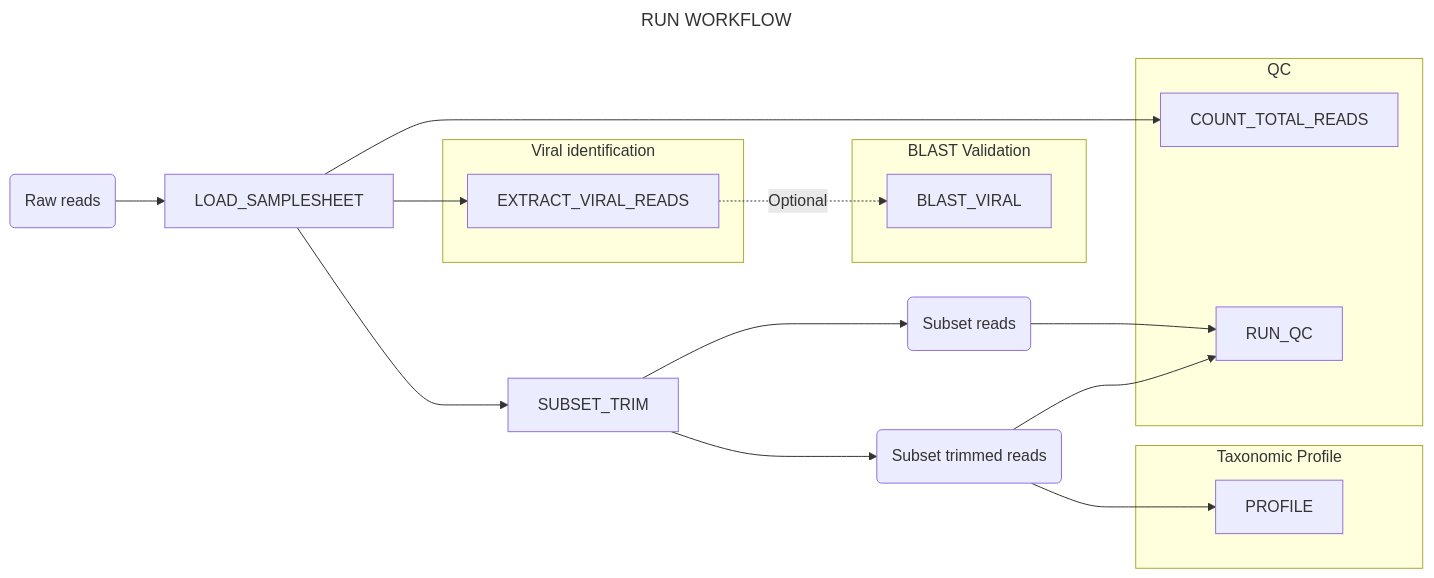
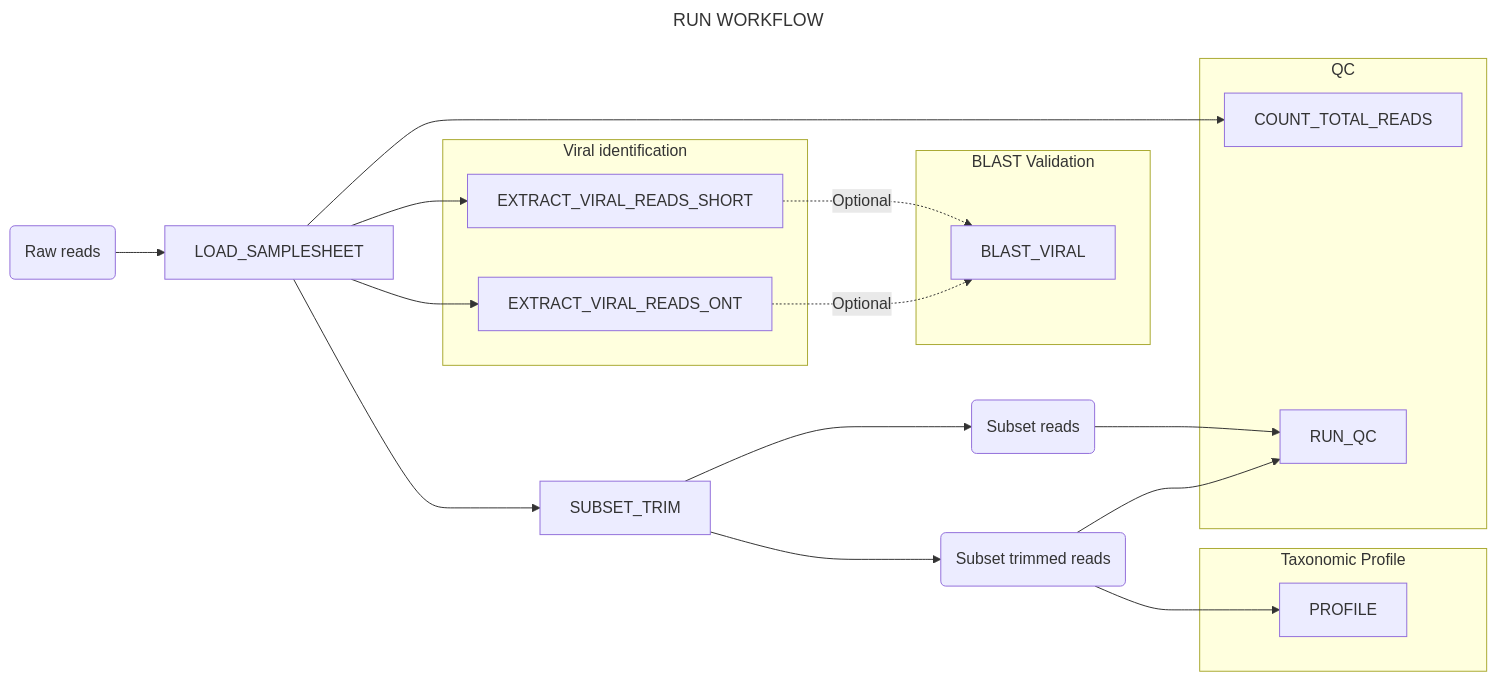
One commit to naobservatory/mgs-workflow changed the first of 8 diagrams in docs/run.md. Above: the diagram before and after it, drawn with Mermaid.

Commit message:
tweak flowchart

````diff
--- a/docs/run.md
+++ b/docs/run.md
@@ -7,29 +7,30 @@
 ```mermaid
 ---
 title: RUN WORKFLOW
 config:
   layout: horizontal
 ---
 flowchart LR
 A(Raw reads) --> B[LOAD_SAMPLESHEET]
-B --> C[COUNT_TOTAL_READS] & D[EXTRACT_VIRAL_READS] & E[SUBSET_TRIM]
-D -.-> |Optional|F[BLAST_VIRAL]
+B --> C[COUNT_TOTAL_READS] & D1[EXTRACT_VIRAL_READS_SHORT] & D2[EXTRACT_VIRAL_READS_ONT] & E[SUBSET_TRIM]
+D1 & D2 -.-> |Optional|F[BLAST_VIRAL]
 E --> I(Subset reads)
 E --> J(Subset trimmed reads)
 J --> G[RUN_QC] & H[PROFILE]
 I --> G[RUN_QC]
 %% Adjust layout by placing subgraphs in specific order
 subgraph "Viral identification"
-D
+D1
+D2
 end
 subgraph "Taxonomic Profile"
 H
 end
 subgraph "QC"
 C
 G
 end
 subgraph "BLAST Validation"
 F
 end
 ```
````
